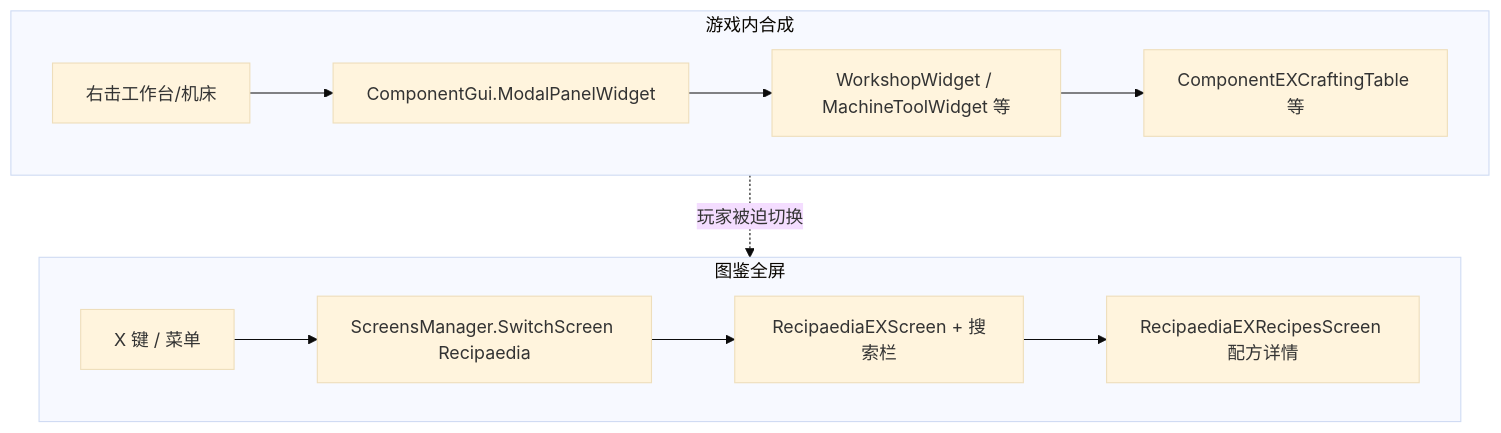
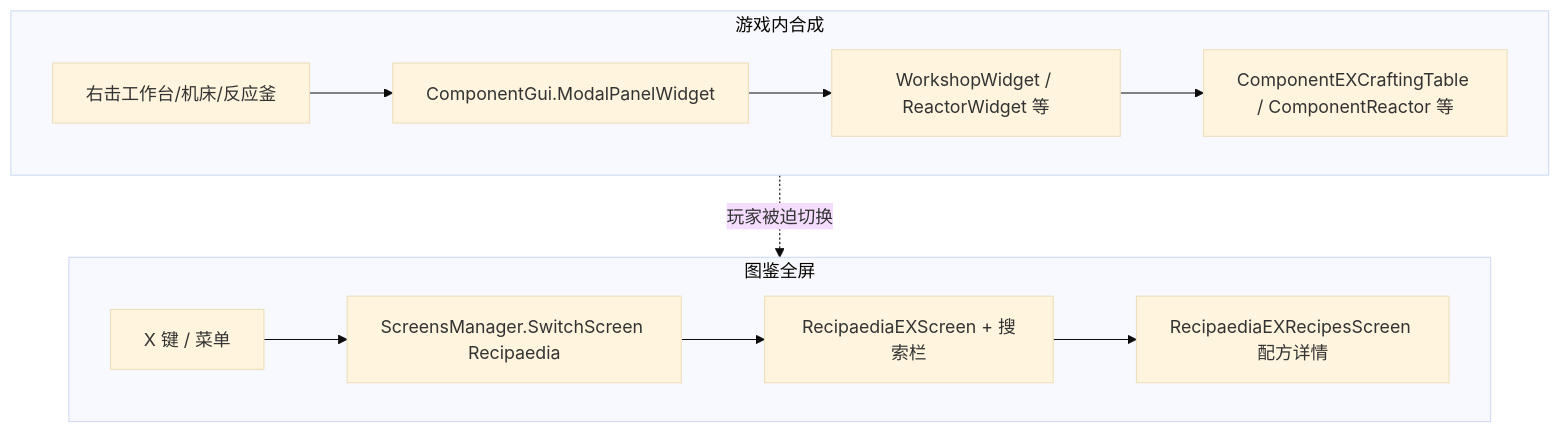
The first of 2 diagrams in docs/工作台悬浮助手策划.md (CS-LX/RecipaediaEX), drawn with Mermaid (base theme) before and after one commit. The commit also changed other lines of this file and 4 other files, not shown here.

````diff
--- a/docs/工作台悬浮助手策划.md
+++ b/docs/工作台悬浮助手策划.md
@@ -30,14 +33,14 @@
 ```mermaid
 flowchart TB
   subgraph ingame [游戏内合成]
-    Interact[右击工作台/机床] --> Modal[ComponentGui.ModalPanelWidget]
-    Modal --> Widget[WorkshopWidget / MachineToolWidget 等]
-    Widget --> CraftComp[ComponentEXCraftingTable 等]
+    Interact[右击工作台/机床/反应釜] --> Modal[ComponentGui.ModalPanelWidget]
+    Modal --> Widget[WorkshopWidget / ReactorWidget 等]
+    Widget --> CraftComp[ComponentEXCraftingTable / ComponentReactor 等]
   end
   subgraph recipaedia [图鉴全屏]
     Key[X 键 / 菜单] --> Switch[ScreensManager.SwitchScreen Recipaedia]
     Switch --> Full[RecipaediaEXScreen + 搜索栏]
     Full --> Recipes[RecipaediaEXRecipesScreen 配方详情]
   end
   ingame -.->|玩家被迫切换| recipaedia
 ```
````
